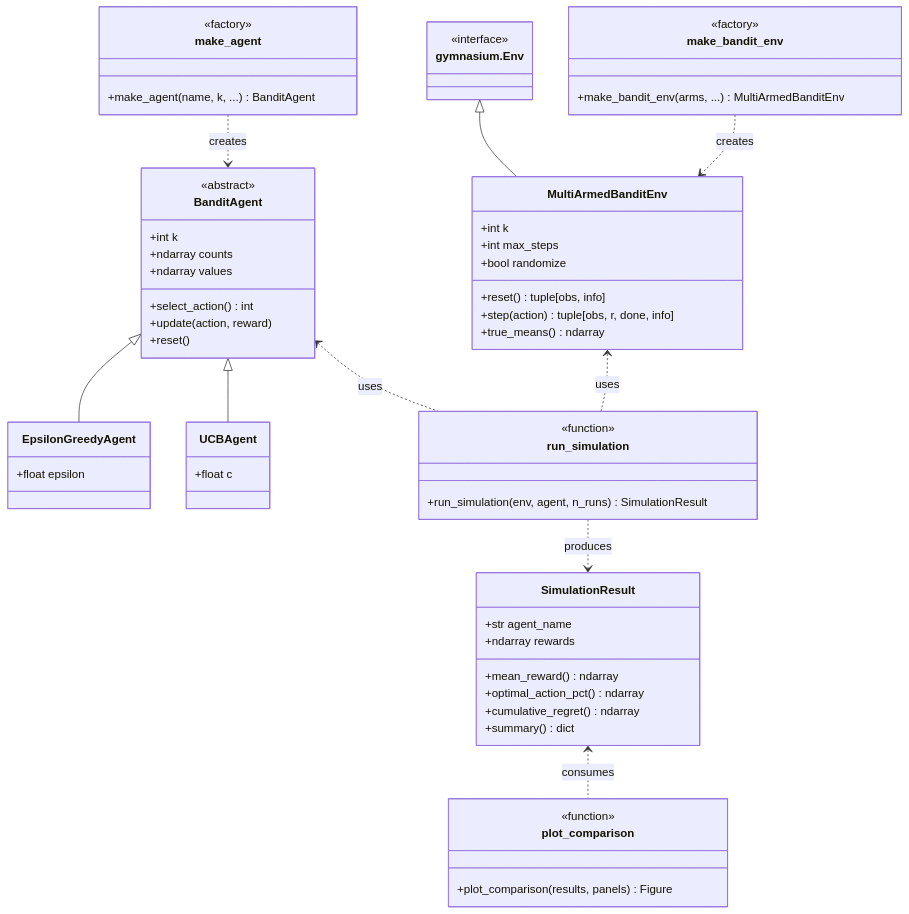
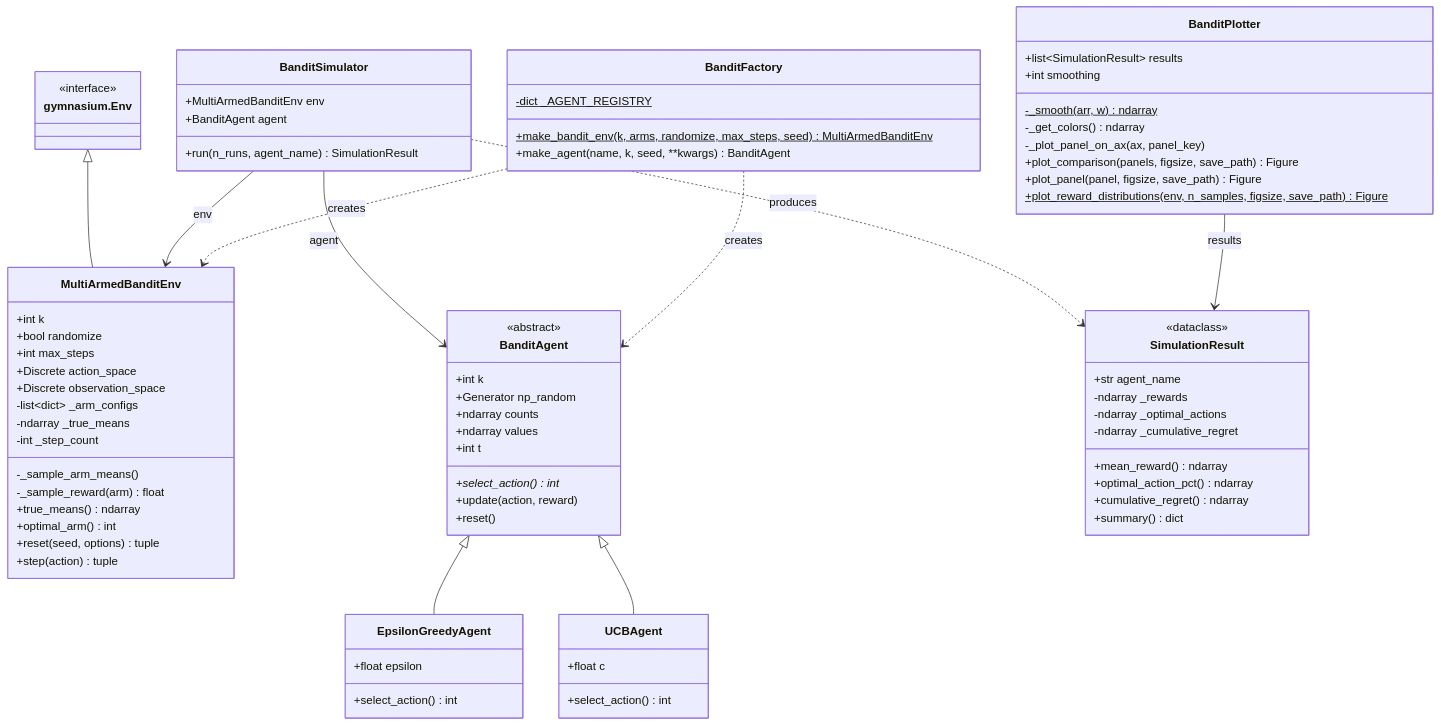
One commit to craig-rudman/MSDS684 changed the first of 2 diagrams in W1/README.md. Above: the diagram before and after it, drawn with Mermaid. The commit also changed 8 other files, not shown here.

````diff
--- a/W1/README.md
+++ b/W1/README.md
@@ -155,69 +155,88 @@
 
     class MultiArmedBanditEnv {
         +int k
+        +bool randomize
         +int max_steps
-        +bool randomize
-        +reset() tuple[obs, info]
-        +step(action) tuple[obs, r, done, info]
+        +Discrete action_space
+        +Discrete observation_space
+        -list~dict~ _arm_configs
+        -ndarray _true_means
+        -int _step_count
+        -_sample_arm_means()
+        -_sample_reward(arm) float
         +true_means() ndarray
+        +optimal_arm() int
+        +reset(seed, options) tuple
+        +step(action) tuple
     }
 
     class BanditAgent {
         <<abstract>>
         +int k
+        +Generator np_random
         +ndarray counts
         +ndarray values
-        +select_action() int
+        +int t
+        +select_action()* int
         +update(action, reward)
         +reset()
     }
 
     class EpsilonGreedyAgent {
         +float epsilon
+        +select_action() int
     }
 
     class UCBAgent {
         +float c
+        +select_action() int
     }
 
     class SimulationResult {
+        <<dataclass>>
         +str agent_name
-        +ndarray rewards
+        -ndarray _rewards
+        -ndarray _optimal_actions
+        -ndarray _cumulative_regret
         +mean_reward() ndarray
         +optimal_action_pct() ndarray
         +cumulative_regret() ndarray
         +summary() dict
     }
 
+    class BanditSimulator {
+        +MultiArmedBanditEnv env
+        +BanditAgent agent
+        +run(n_runs, agent_name) SimulationResult
+    }
+
+    class BanditPlotter {
+        +list~SimulationResult~ results
+        +int smoothing
+        -_smooth(arr, w)$ ndarray
+        -_get_colors() ndarray
+        -_plot_panel_on_ax(ax, panel_key)
+        +plot_comparison(panels, figsize, save_path) Figure
+        +plot_panel(panel, figsize, save_path) Figure
+        +plot_reward_distributions(env, n_samples, figsize, save_path)$ Figure
+    }
+
+    class BanditFactory {
+        -dict _AGENT_REGISTRY$
+        +make_bandit_env(k, arms, randomize, max_steps, seed)$ MultiArmedBanditEnv
+        +make_agent(name, k, seed, **kwargs) BanditAgent
+    }
+
     `gymnasium.Env` <|-- MultiArmedBanditEnv
     BanditAgent <|-- EpsilonGreedyAgent
     BanditAgent <|-- UCBAgent
 
-    MultiArmedBanditEnv <.. run_simulation : uses
-    BanditAgent <.. run_simulation : uses
-    run_simulation ..> SimulationResult : produces
-    SimulationResult <.. plot_comparison : consumes
+    BanditSimulator --> MultiArmedBanditEnv : env
+    BanditSimulator --> BanditAgent : agent
+    BanditSimulator ..> SimulationResult : produces
 
-    class run_simulation {
-        <<function>>
-        +run_simulation(env, agent, n_runs) SimulationResult
-    }
+    BanditPlotter --> SimulationResult : results
 
-    class plot_comparison {
-        <<function>>
-        +plot_comparison(results, panels) Figure
-    }
-
-    class make_bandit_env {
-        <<factory>>
-        +make_bandit_env(arms, ...) MultiArmedBanditEnv
-    }
-
-    class make_agent {
-        <<factory>>
-        +make_agent(name, k, ...) BanditAgent
-    }
-
-    make_bandit_env ..> MultiArmedBanditEnv : creates
-    make_agent ..> BanditAgent : creates
+    BanditFactory ..> MultiArmedBanditEnv : creates
+    BanditFactory ..> BanditAgent : creates
 ```
````
